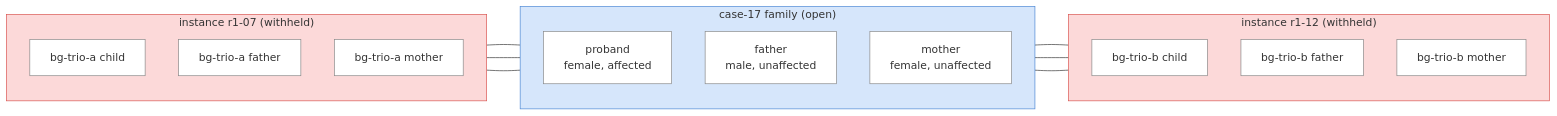
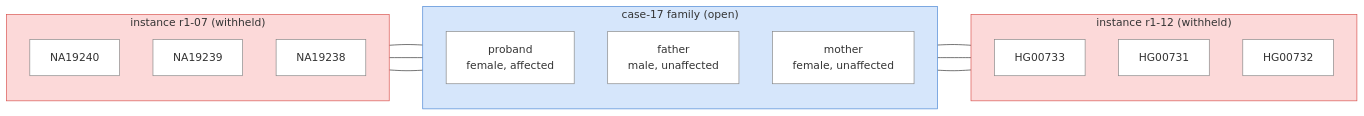
One commit to populationgenomics/rare-disease-benchmark changed the third of 4 diagrams in docs/schema.md. Above: the diagram before and after it, drawn with Mermaid. The commit also changed other lines of this file and 9 other files, not shown here.

First line of the commit message:
schema: map case members to real samples

````diff
--- a/docs/schema.md
+++ b/docs/schema.md
@@ -268,32 +262,32 @@
 ```mermaid
 flowchart LR
     subgraph I1["instance r1-07 (withheld)"]
         direction TB
-        a1["bg-trio-a child"]
-        a2["bg-trio-a father"]
-        a3["bg-trio-a mother"]
+        a1["NA19240"]
+        a2["NA19239"]
+        a3["NA19238"]
     end
 
     subgraph FAM["case-17 family (open)"]
         direction TB
         p["proband<br/>female, affected"]
         f["father<br/>male, unaffected"]
         m["mother<br/>female, unaffected"]
     end
 
     subgraph I2["instance r1-12 (withheld)"]
         direction TB
-        b1["bg-trio-b child"]
-        b2["bg-trio-b father"]
-        b3["bg-trio-b mother"]
+        b1["HG00733"]
+        b2["HG00731"]
+        b3["HG00732"]
     end
 
     a1 --- p --- b1
     a2 --- f --- b2
     a3 --- m --- b3
 
     classDef default fill:#ffffff,stroke:#888888
     style FAM fill:#d6e6fb,stroke:#4a86d4
     style I1 fill:#fcd9d9,stroke:#d9534f
     style I2 fill:#fcd9d9,stroke:#d9534f
 ```
````
